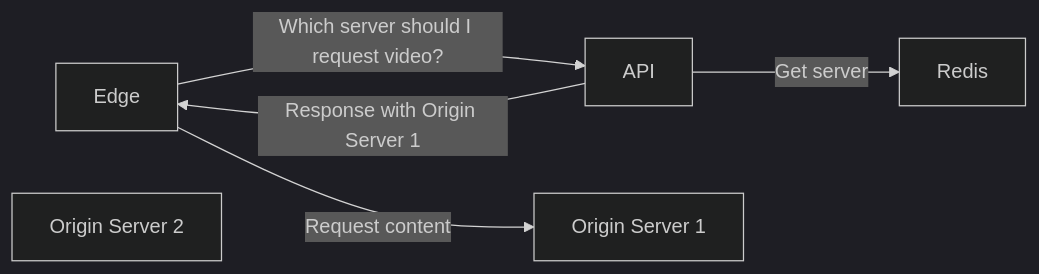
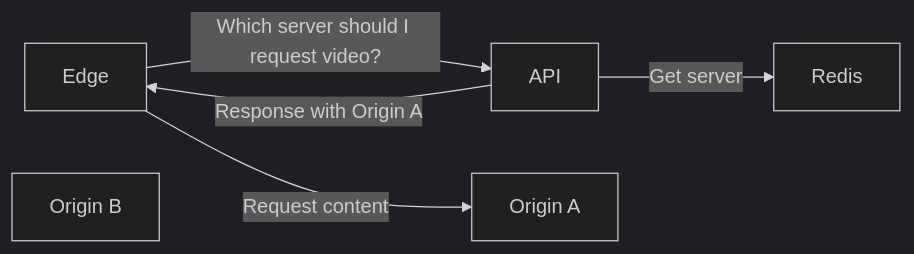
One commit to learn-video/rtmp-live changed the first of 4 diagrams in README.md. Above: the diagram before and after it, drawn with Mermaid (dark theme).

Commit message:
docs: Replace Origin 1,2 for A, B

````diff
--- a/README.md
+++ b/README.md
@@ -9,8 +9,8 @@
 ```mermaid
 graph LR
     A[Edge] -- Which server should I request video? --> B[API]
     B -- Get server --> C[Redis]
-    B -- Response with Origin Server 1 --> A
-    A -- Request content --> D[Origin Server 1]
-    E[Origin Server 2]
+    B -- Response with Origin A --> A
+    A -- Request content --> D[Origin A]
+    E[Origin B]
 ```
````
